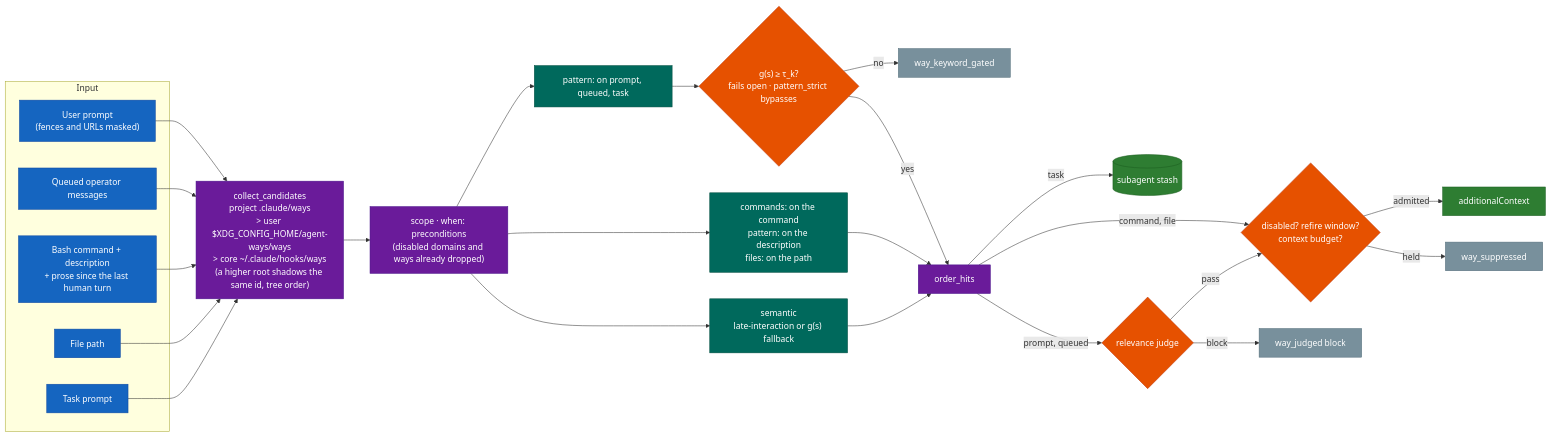
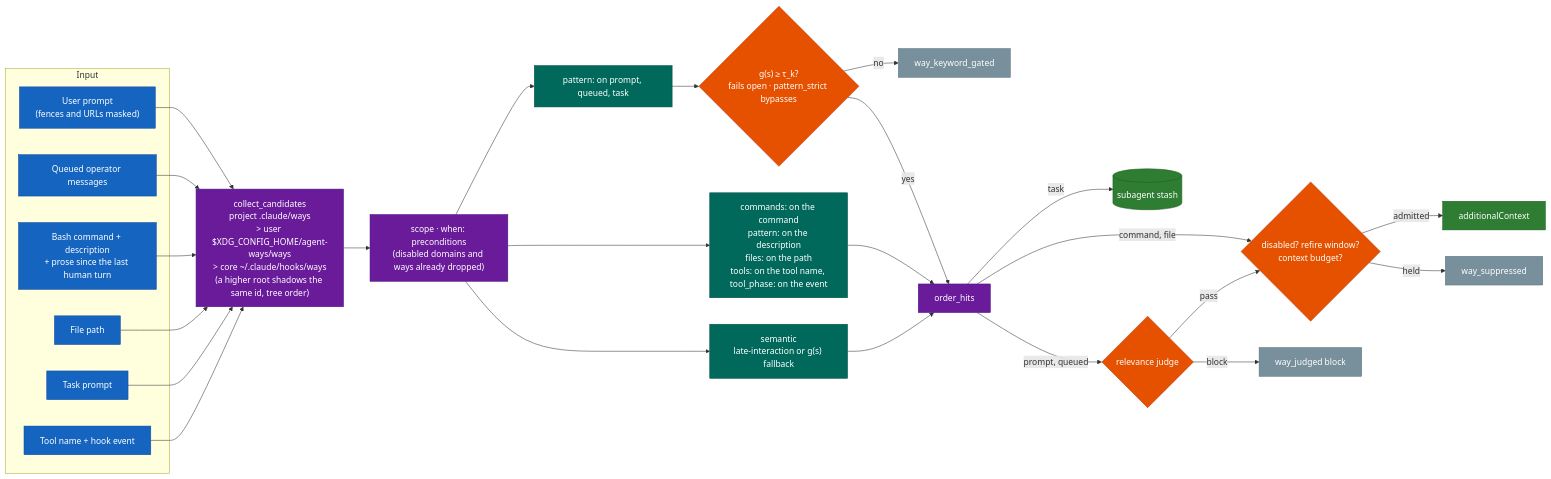
One commit to aaronsb/agent-ways changed the seventh of 13 diagrams in docs/architecture.md. Above: the diagram before and after it, drawn with Mermaid. The commit also changed other lines of this file and 31 other files, not shown here.

````diff
--- a/docs/architecture.md
+++ b/docs/architecture.md
@@ -308,47 +312,49 @@
 ```mermaid
 flowchart LR
     classDef input fill:#1565C0,stroke:#0D47A1,color:#fff
     classDef scan fill:#6A1B9A,stroke:#4A148C,color:#fff
     classDef match fill:#00695C,stroke:#004D40,color:#fff
     classDef gate fill:#E65100,stroke:#BF360C,color:#fff
     classDef output fill:#2E7D32,stroke:#1B5E20,color:#fff
     classDef silent fill:#78909C,stroke:#546E7A,color:#fff
 
     subgraph Input
         Prompt["User prompt<br/>(fences and URLs masked)"]:::input
         Queued["Queued operator messages"]:::input
         Cmd["Bash command + description<br/>+ prose since the last human turn"]:::input
         File["File path"]:::input
         TaskP["Task prompt"]:::input
+        ToolN["Tool name + hook event"]:::input
     end
 
     Cand["collect_candidates<br/>project .claude/ways<br/>> user $XDG_CONFIG_HOME/agent-ways/ways<br/>> core ~/.claude/hooks/ways<br/>(a higher root shadows the same id, tree order)"]:::scan
     Pre["scope · when: preconditions<br/>(disabled domains and ways already dropped)"]:::scan
 
     Prompt --> Cand
     Queued --> Cand
     Cmd --> Cand
     File --> Cand
     TaskP --> Cand
+    ToolN --> Cand
     Cand --> Pre
 
     Pre --> KW["pattern: on prompt, queued, task"]:::match
-    Pre --> DIR["commands: on the command<br/>pattern: on the description<br/>files: on the path"]:::match
+    Pre --> DIR["commands: on the command<br/>pattern: on the description<br/>files: on the path<br/>tools: on the tool name, tool_phase: on the event"]:::match
     Pre --> SEM["semantic<br/>late-interaction or g(s) fallback"]:::match
 
     KW --> Floor{"g(s) ≥ τ_k?<br/>fails open · pattern_strict bypasses"}:::gate
     Floor -->|no| KG["way_keyword_gated"]:::silent
     Floor -->|yes| Hits
     DIR --> Hits
     SEM --> Hits
 
     Hits["order_hits"]:::scan
     Hits -->|task| Stash[("subagent stash")]:::output
     Hits -->|prompt, queued| Judge{"relevance judge"}:::gate
     Hits -->|command, file| Show
     Judge -->|pass| Show
     Judge -->|block| JB["way_judged block"]:::silent
     Show{"disabled? refire window?<br/>context budget?"}:::gate
     Show -->|admitted| Out["additionalContext"]:::output
     Show -->|held| WS["way_suppressed"]:::silent
 ```
````
